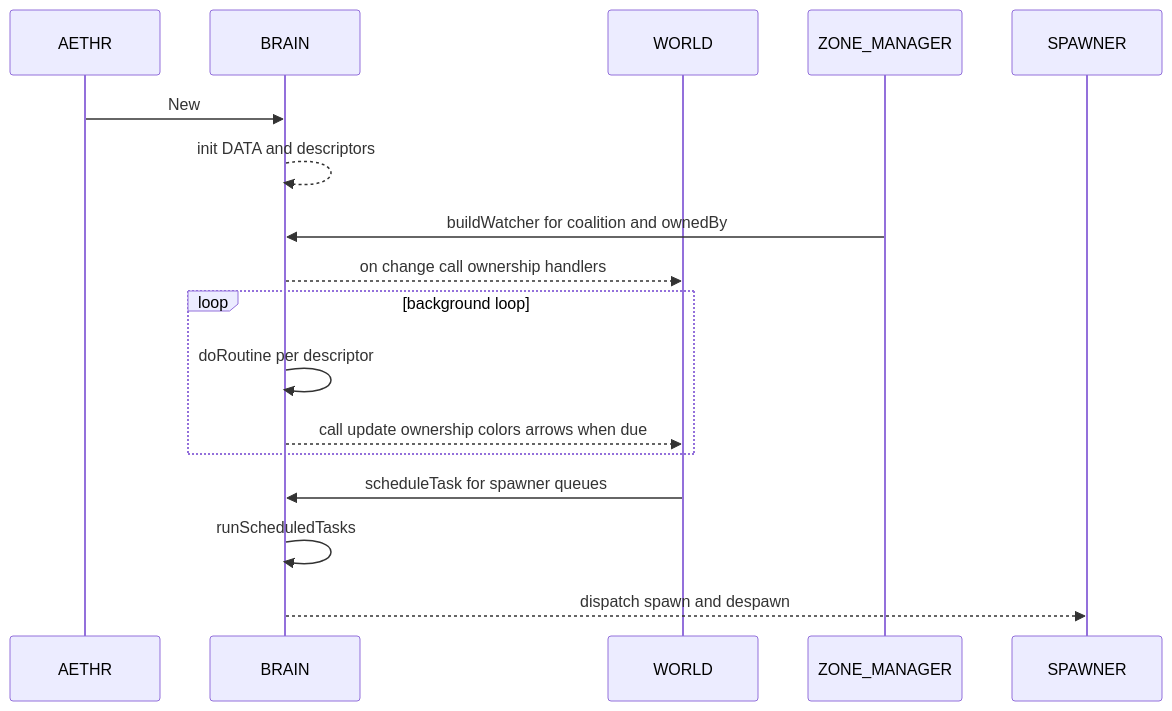
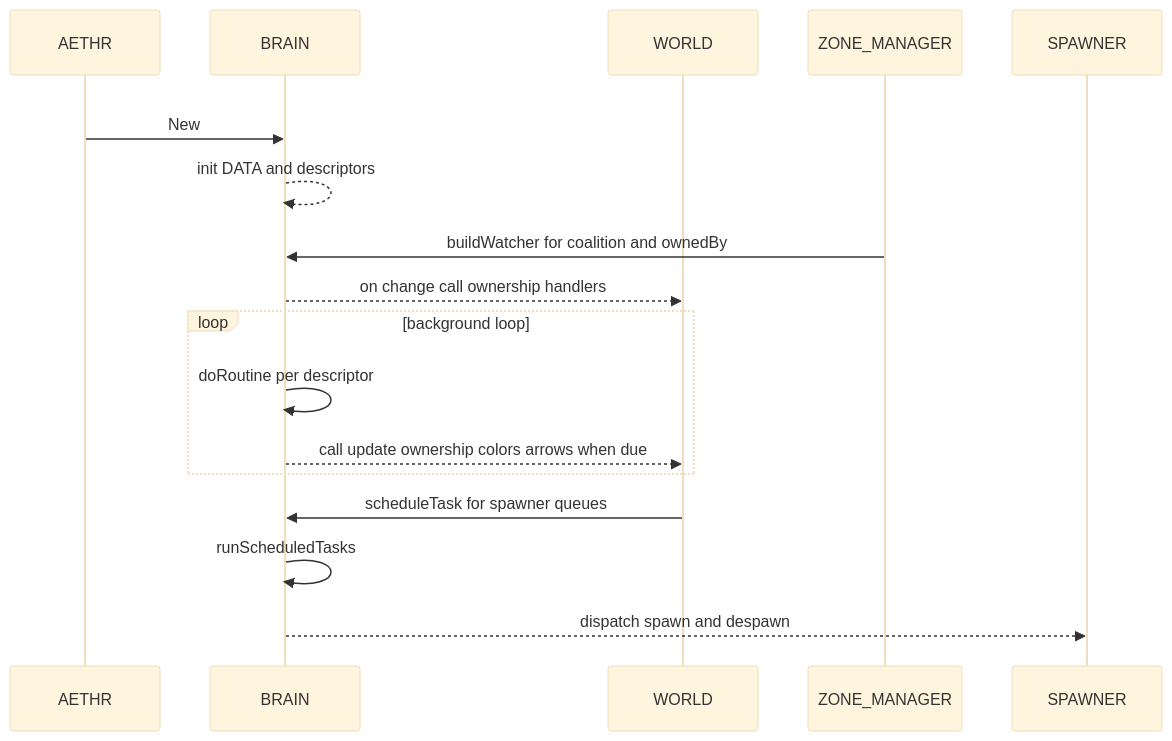
One commit to Gh0st352/AETHR changed the second of 2 diagrams in docs/brain/README.md. Above: the diagram before and after it, drawn with Mermaid. The commit also changed other lines of this file and 5 other files, not shown here.

First line of the commit message:
docs(diagrams): convert mermaid identifiers and improve styling

````diff
--- a/docs/brain/README.md
+++ b/docs/brain/README.md
@@ -33,19 +51,23 @@
 ```mermaid
+%%{init: {"theme":"base"}}%%
 sequenceDiagram
-  participant A as AETHR
-  participant BR as BRAIN
-  participant WL as WORLD
-  participant ZM as ZONE_MANAGER
-  participant SP as SPAWNER
-  A->>BR: New
-  BR-->>BR: init DATA and descriptors
-  ZM->>BR: buildWatcher for coalition and ownedBy
-  BR-->>WL: on change call ownership handlers
-  loop background loop
-    BR->>BR: doRoutine per descriptor
-    BR-->>WL: call update ownership colors arrows when due
+  %% background rect improves contrast on dark docs
+  rect rgba(255,255,255,0.75)
+    participant A as AETHR
+    participant BR as BRAIN
+    participant WL as WORLD
+    participant ZM as ZONE_MANAGER
+    participant SP as SPAWNER
+    A->>BR: New
+    BR-->>BR: init DATA and descriptors
+    ZM->>BR: buildWatcher for coalition and ownedBy
+    BR-->>WL: on change call ownership handlers
+    loop background loop
+      BR->>BR: doRoutine per descriptor
+      BR-->>WL: call update ownership colors arrows when due
+    end
+    WL->>BR: scheduleTask for spawner queues
+    BR->>BR: runScheduledTasks
+    BR-->>SP: dispatch spawn and despawn
   end
-  WL->>BR: scheduleTask for spawner queues
-  BR->>BR: runScheduledTasks
-  BR-->>SP: dispatch spawn and despawn
 ```
````
